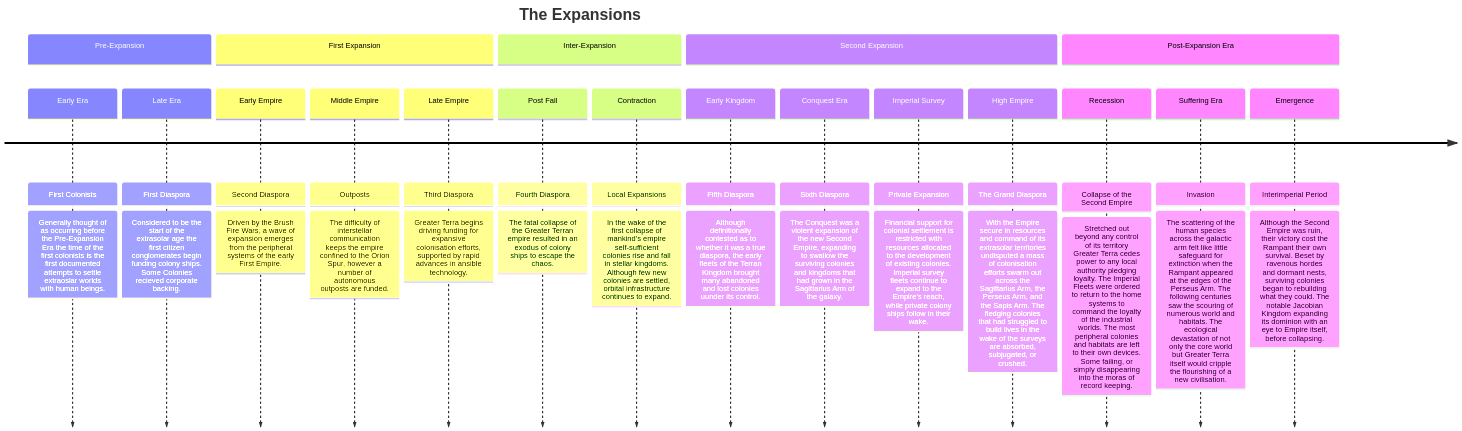
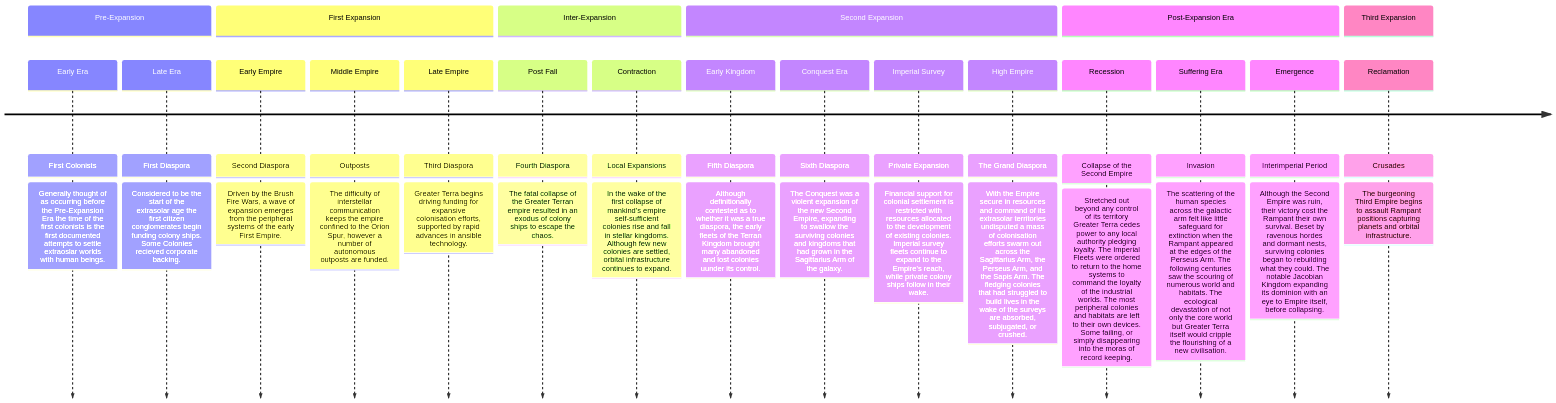
The diagram in Timelines/the-expansions.md (Ragitron/World-Anvil), drawn with Mermaid before and after one commit. The commit also changed other lines of this file and 27 other files, not shown here.

````diff
--- a/Timelines/the-expansions.md
+++ b/Timelines/the-expansions.md
@@ -8,37 +8,44 @@
 ```mermaid
 timeline
-    title The Expansions
     section Pre-Expansion
         Early Era   : First Colonists
                     : Generally thought of as occurring before the Pre-Expansion Era the time of the first colonists is the first documented attempts to settle extraoslar worlds with human beings.
         Late Era    : First Diaspora
                     : Considered to be the start of the extrasolar age the first citizen conglomerates begin funding colony ships. Some Colonies recieved corporate backing.
+                    
     section First Expansion
         Early Empire    : Second Diaspora
                         : Driven by the Brush Fire Wars, a wave of expansion emerges from the peripheral systems of the early First Empire.
         Middle Empire   : Outposts
                         : The difficulty of interstellar communication keeps the empire confined to the Orion Spur, however a number of autonomous outposts are funded. 
         Late Empire     : Third Diaspora
                         : Greater Terra begins driving funding for expansive colonisation efforts, supported by rapid advances in ansible technology.
+
     section Inter-Expansion
         Post Fall       : Fourth Diaspora
                         : The fatal collapse of the Greater Terran empire resulted in an exodus of colony ships to escape the chaos.
         Contraction     : Local Expansions
                         : In the wake of the first collapse of mankind's empire self-sufficient colonies rise and fall in stellar kingdoms. Although few new colonies are settled, orbital infrastructure continues to expand.
+                        
     section Second Expansion
         Early Kingdom   : Fifth Diaspora
                         : Although definitionally contested as to whether it was a true diaspora, the early fleets of the Terran Kingdom brought many abandoned and lost colonies uunder its control.
         Conquest Era    : Sixth Diaspora
                         : The Conquest was a violent expansion of the new Second Empire, expanding to swallow the surviving colonies and kingdoms that had grown in the Sagittarius Arm of the galaxy.
         Imperial Survey : Private Expansion
                         : Financial support for colonial settlement is restricted with resources allocated to the development of existing colonies. Imperial survey fleets continue to expand to the Empire's reach, while private colony ships follow in their wake.
         High Empire     : The Grand Diaspora
                         : With the Empire secure in resources and command of its extrasolar territories undisputed a mass of colonisation efforts swarm out across the Sagittarius Arm, the Perseus Arm, and the Sapis Arm. The fledging colonies that had struggled to build lives in the wake of the surveys are absorbed, subjugated, or crushed.
+
     section Post-Expansion Era
         Recession       : Collapse of the Second Empire
                         : Stretched out beyond any control of its territory Greater Terra cedes power to any local authority pledging loyalty. The Imperial Fleets were ordered to return to the home systems to command the loyalty of the industrial worlds. The most peripheral colonies and habitats are left to their own devices. Some failing, or simply disappearing into the moras of record keeping.
         Suffering Era   : Invasion
                         : The scattering of the human species across the galactic arm felt like little safeguard for extinction when the Rampant appeared at the edges of the Perseus Arm. The following centuries saw the scouring of numerous world and habitats. The ecological devastation of not only the core world but Greater Terra itself would cripple the flourishing of a new civilisation.
         Emergence       : Interimperial Period
                         : Although the Second Empire was ruin, their victory cost the Rampant their own survival. Beset by ravenous hordes and dormant nests, surviving colonies began to rebuilding what they could. The notable Jacobian Kingdom expanding its dominion with an eye to Empire itself, before collapsing.
+    
+    section Third Expansion
+		Reclamation     : Crusades
+						: The burgeoning Third Empire begins to assault Rampant positions capturing planets and orbital infrastructure.
 ```
````
